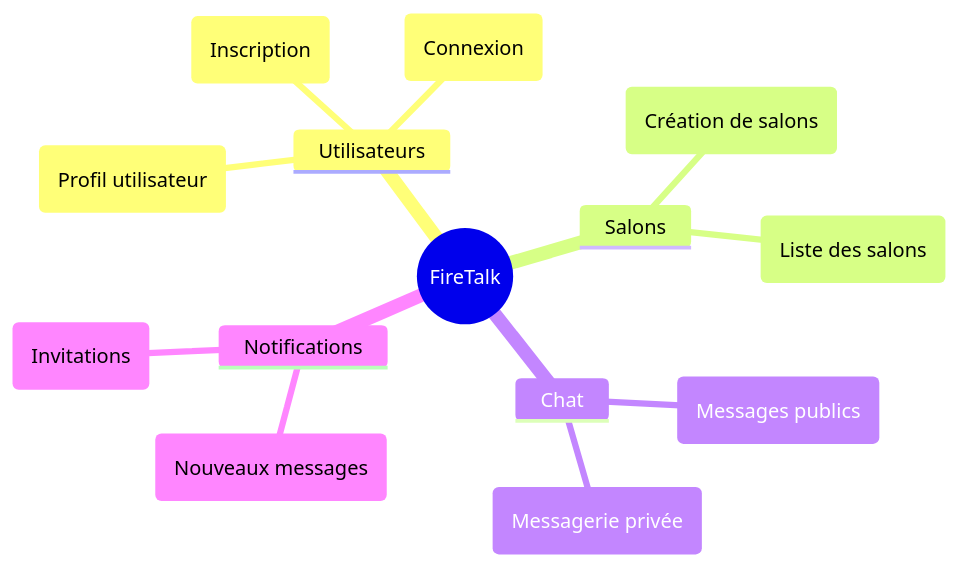
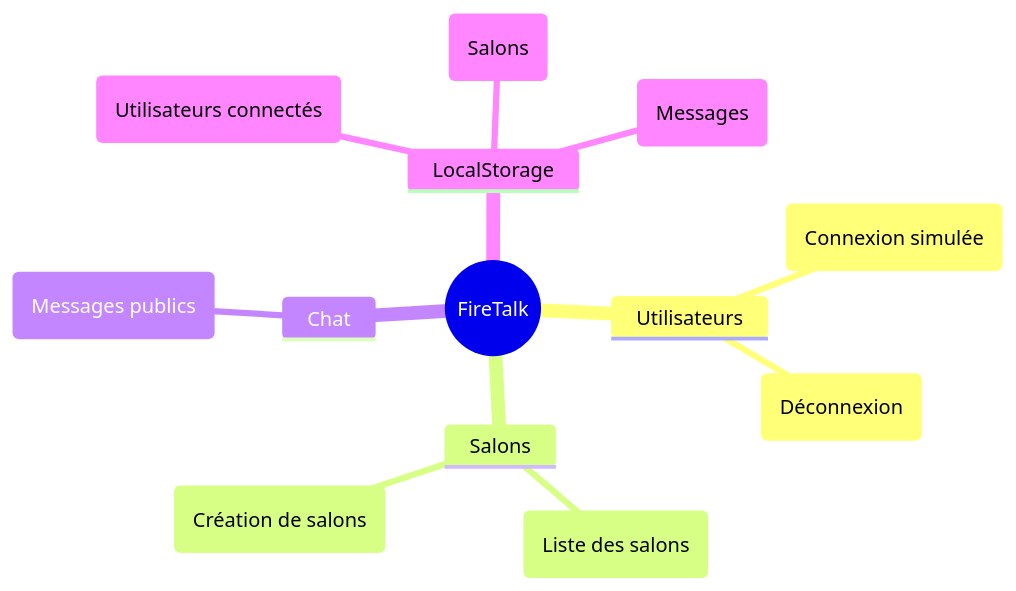
The first of 2 diagrams in README.md (maryamabloua/FireTalk), drawn with Mermaid before and after one commit. The commit also changed other lines of this file, not shown here.

Commit message:
Refine README to reflect LocalStorage usage and clarify Firebase usage and roadmap

````diff
--- a/README.md
+++ b/README.md
@@ -63,17 +66,16 @@
 ```mermaid
 mindmap
   root((FireTalk))
     Utilisateurs
-        (Inscription)
-        (Connexion)
-        (Profil utilisateur)
+        (Connexion simulée)
+        (Déconnexion)
     Salons
+        (Liste des salons)
         (Création de salons)
-        (Liste des salons)
     Chat
-        (Messagerie privée)
         (Messages publics)
-    Notifications
-        (Nouveaux messages)
-        (Invitations)
+    LocalStorage
+        (Utilisateurs connectés)
+        (Salons)
+        (Messages)
 ```
````
